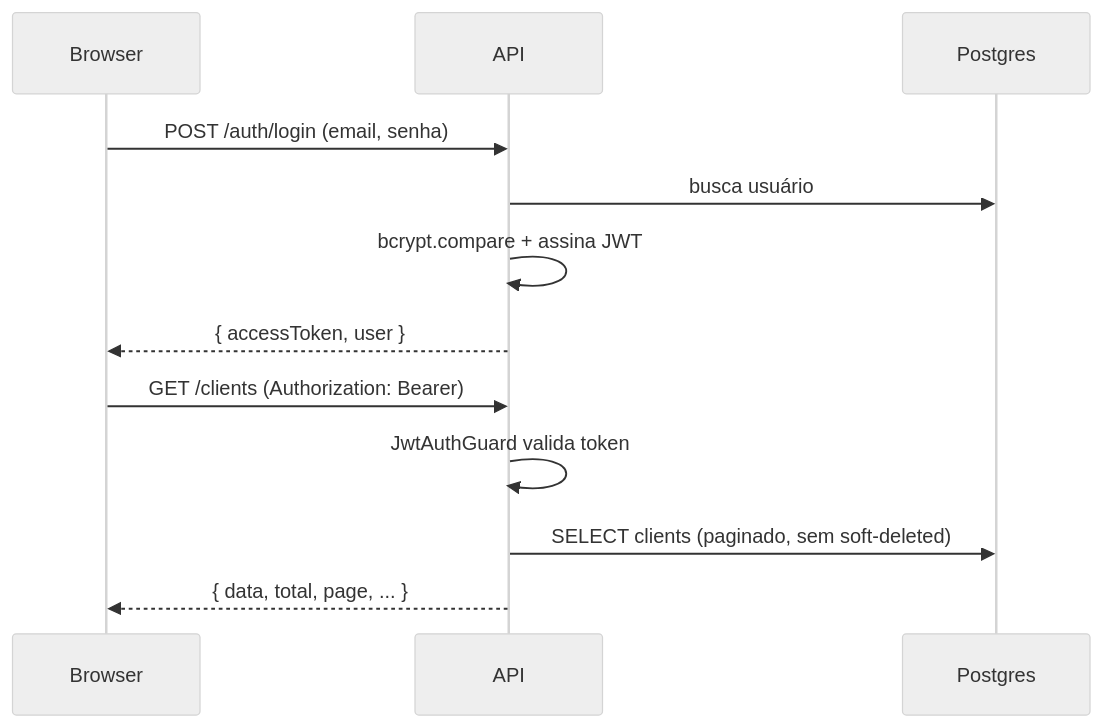
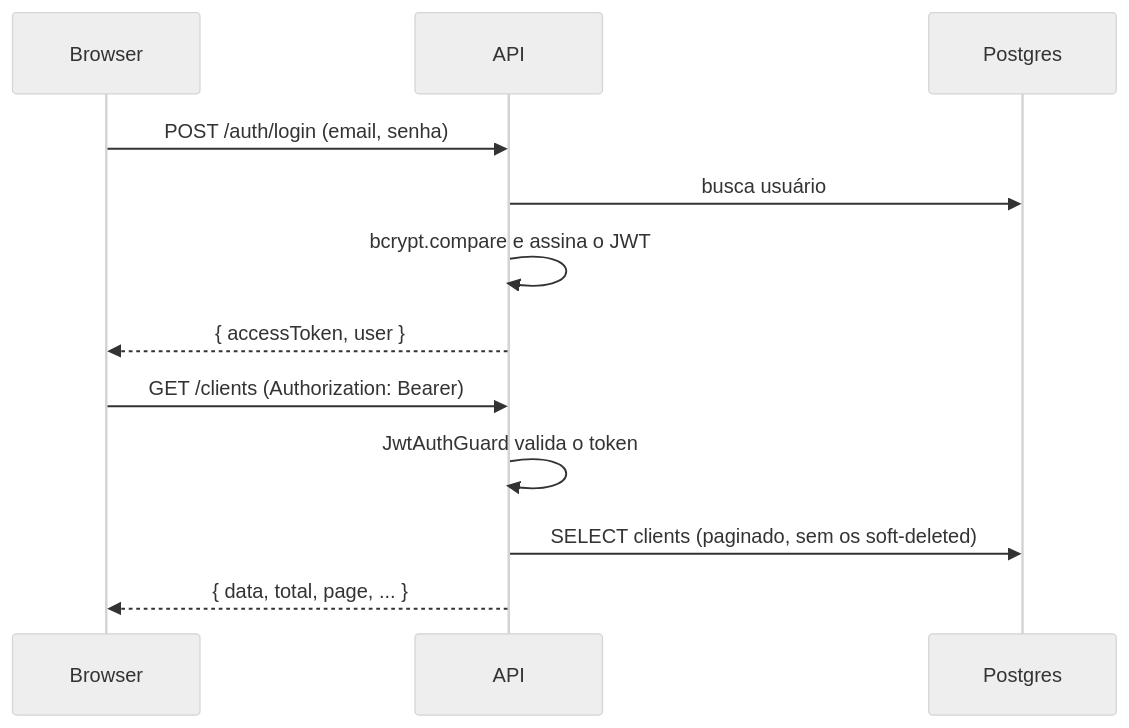
The third of 3 diagrams in docs/architecture.md (J3ff5/teddy), drawn with Mermaid (neutral theme) before and after one commit. The commit also changed other lines of this file and 10 other files, not shown here.

Commit message:
refactor: update documentation and improve clarity in README and architecture files fix: enhance comments and descriptions in code for better understanding

````diff
--- a/docs/architecture.md
+++ b/docs/architecture.md
@@ -36,14 +36,14 @@
 ```mermaid
 sequenceDiagram
   participant U as Browser
   participant A as API
   participant DB as Postgres
   U->>A: POST /auth/login (email, senha)
   A->>DB: busca usuário
-  A->>A: bcrypt.compare + assina JWT
+  A->>A: bcrypt.compare e assina o JWT
   A-->>U: { accessToken, user }
   U->>A: GET /clients (Authorization: Bearer)
-  A->>A: JwtAuthGuard valida token
-  A->>DB: SELECT clients (paginado, sem soft-deleted)
+  A->>A: JwtAuthGuard valida o token
+  A->>DB: SELECT clients (paginado, sem os soft-deleted)
   A-->>U: { data, total, page, ... }
 ```
````
